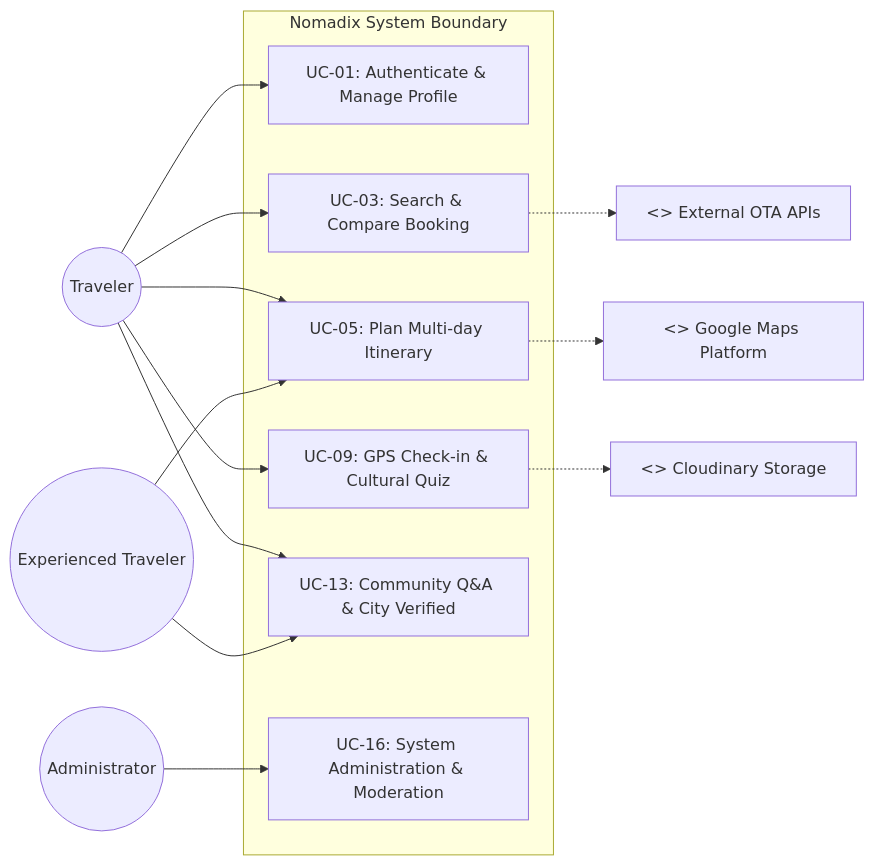
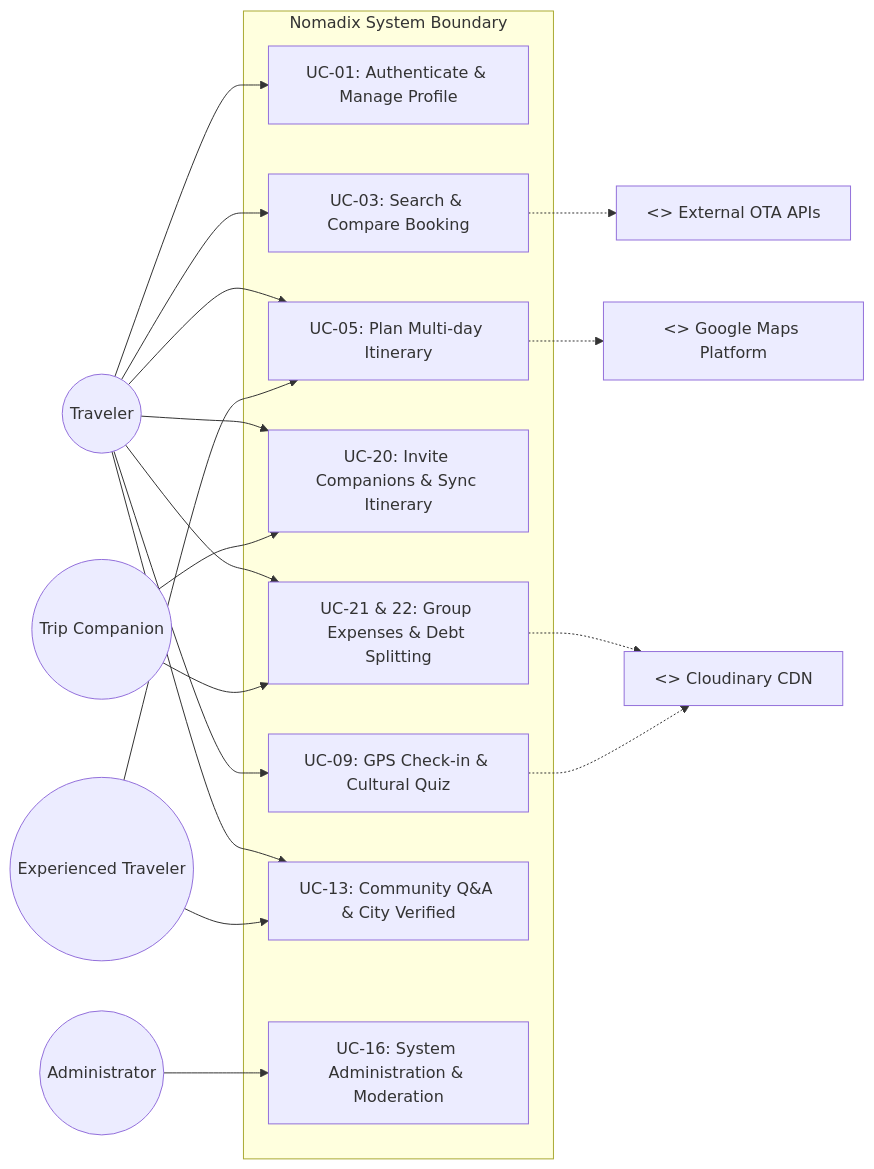
Before and after one commit to DucNgVan/Nomadix_TravelApplication_FYP_UniversityOfGreenwich_NguyenVanDuc: the first of 8 diagrams in documentation/03-use-cases/02-use-case-diagrams.md, drawn with Mermaid. The commit also changed other lines of this file and 159 other files, not shown here.

First line of the commit message:
feat(core): implement modules 1-4 with strict TDD, polyglot architecture, and complete documentation

````diff
--- a/documentation/03-use-cases/02-use-case-diagrams.md
+++ b/documentation/03-use-cases/02-use-case-diagrams.md
@@ -13,26 +13,34 @@
 ```mermaid
 graph LR
     subgraph "Nomadix System Boundary"
         UC_Auth["UC-01: Authenticate & Manage Profile"]
         UC_Book["UC-03: Search & Compare Booking"]
         UC_Itin["UC-05: Plan Multi-day Itinerary"]
+        UC_Collab["UC-20: Invite Companions & Sync Itinerary"]
+        UC_Expense["UC-21 & 22: Group Expenses & Debt Splitting"]
         UC_Gamify["UC-09: GPS Check-in & Cultural Quiz"]
         UC_Forum["UC-13: Community Q&A & City Verified"]
         UC_Admin["UC-16: System Administration & Moderation"]
     end
 
     Traveler((Traveler)) --> UC_Auth
     Traveler --> UC_Book
     Traveler --> UC_Itin
+    Traveler --> UC_Collab
+    Traveler --> UC_Expense
     Traveler --> UC_Gamify
     Traveler --> UC_Forum
+
+    Companion((Trip Companion)) --> UC_Collab
+    Companion --> UC_Expense
 
     ExpTraveler((Experienced Traveler)) --> UC_Forum
     ExpTraveler --> UC_Itin
 
     Administrator((Administrator)) --> UC_Admin
 
     UC_Book -.-> ExtOTA["<<System>> External OTA APIs"]
     UC_Itin -.-> ExtMaps["<<System>> Google Maps Platform"]
-    UC_Gamify -.-> ExtCloud["<<System>> Cloudinary Storage"]
+    UC_Expense -.-> ExtCloud["<<System>> Cloudinary CDN"]
+    UC_Gamify -.-> ExtCloud
 ```
````
